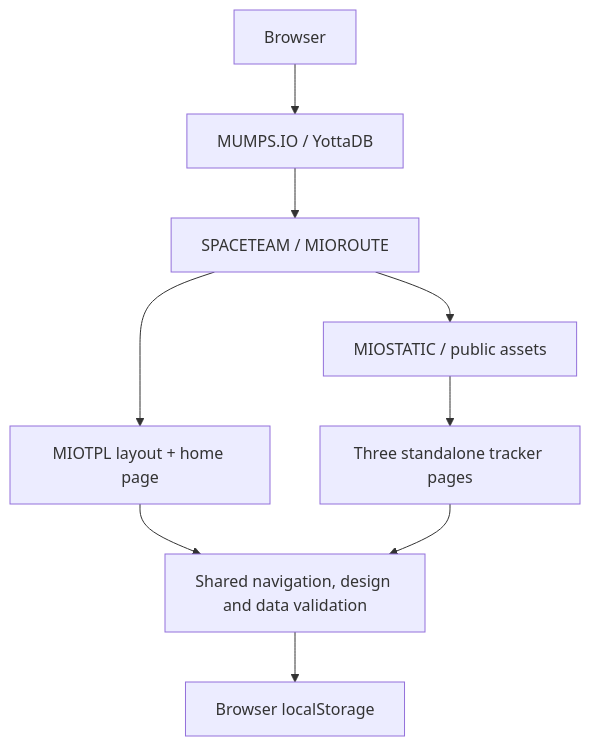
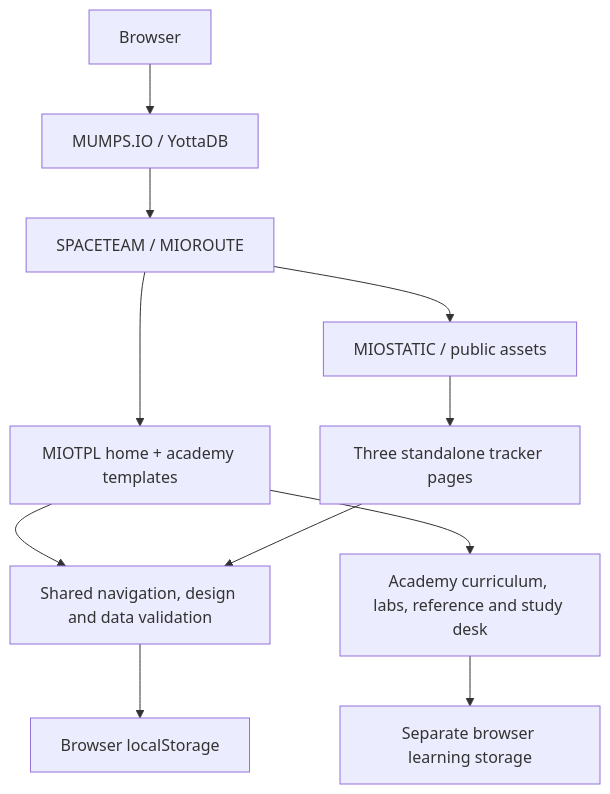
Before and after one commit to aa-87/SPACE-SECURITY-TEAM: the diagram in README.md, drawn with Mermaid. The commit also changed other lines of this file, not shown here.

Commit message:
Document Foundations 1.0 candidate and complete MUMPS Academy learning path

````diff
--- a/README.md
+++ b/README.md
@@ -50,17 +125,20 @@
 ```mermaid
 flowchart TD
     Browser["Browser"]
     Server["MUMPS.IO / YottaDB"]
     Routes["SPACETEAM / MIOROUTE"]
-    Template["MIOTPL layout + home page"]
+    Template["MIOTPL home + academy templates"]
     Static["MIOSTATIC / public assets"]
     Pages["Three standalone tracker pages"]
+    Academy["Academy curriculum, labs, reference and study desk"]
+    Learning["Separate browser learning storage"]
     Shared["Shared navigation, design and data validation"]
     Store["Browser localStorage"]
     Browser --> Server --> Routes
     Routes --> Template
     Routes --> Static --> Pages
     Template --> Shared
+    Template --> Academy --> Learning
     Pages --> Shared
     Shared --> Store
 ```
````
